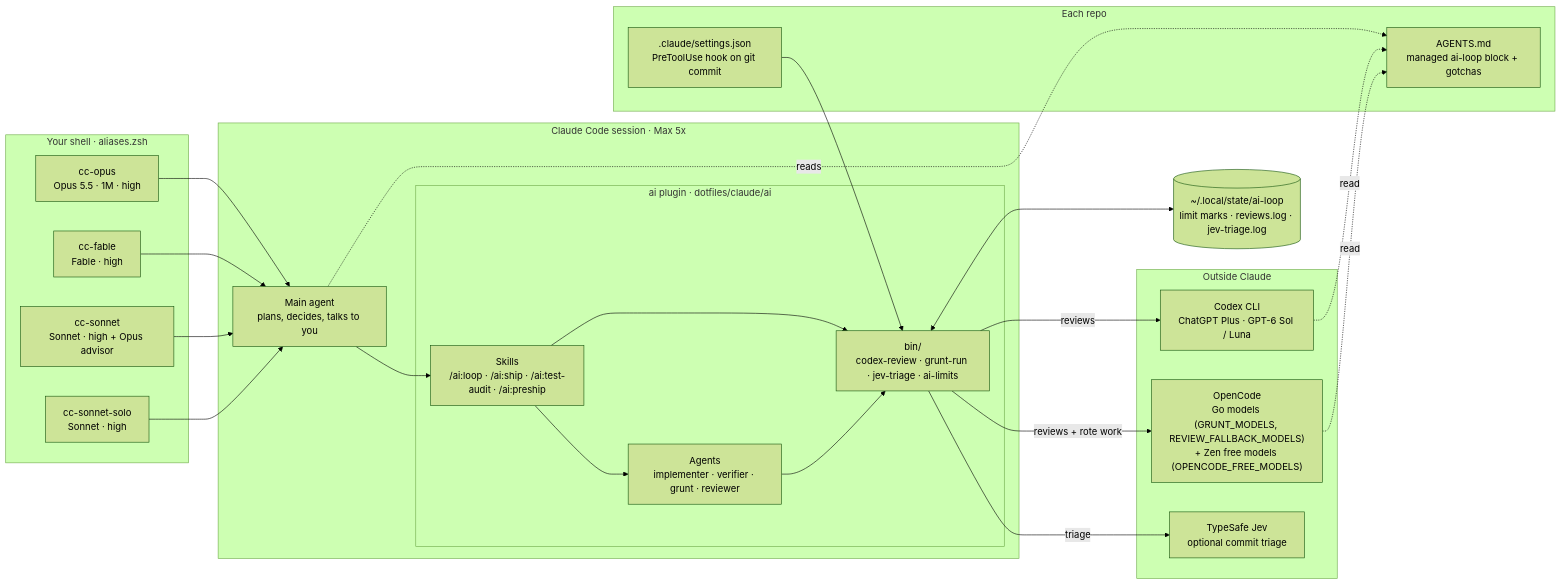
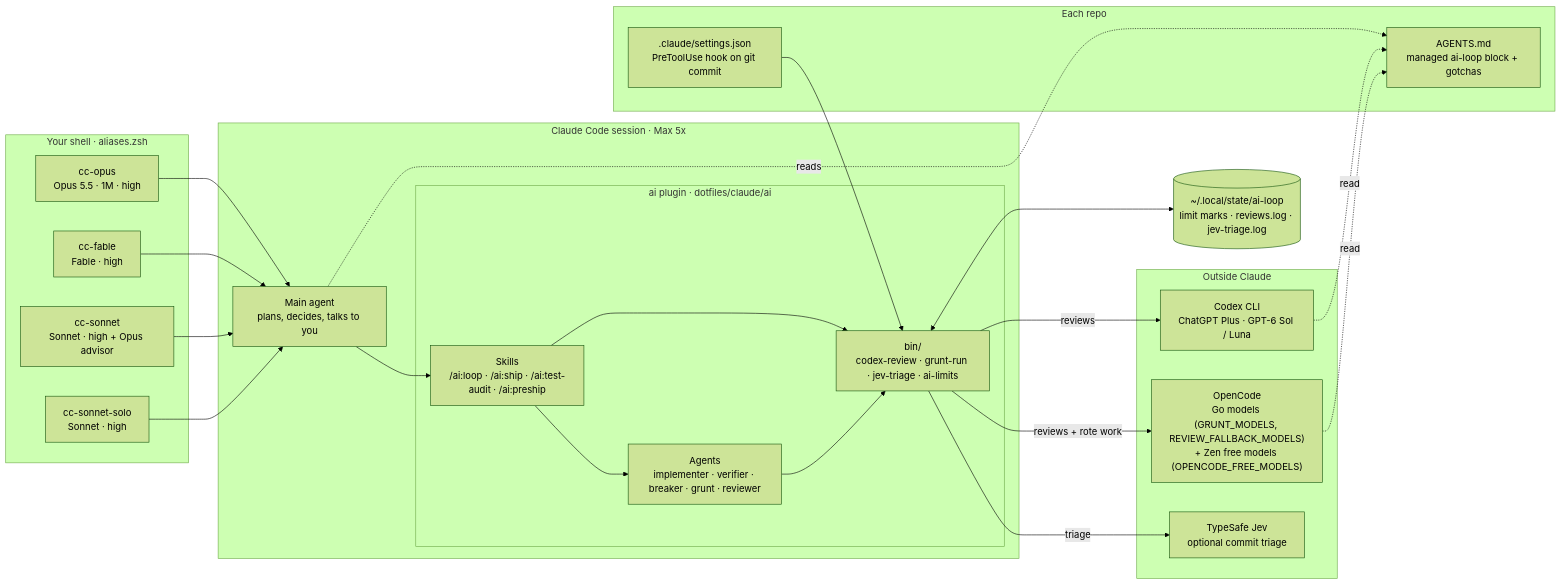
One commit to mrkpatchaa/dotfiles changed the first of 9 diagrams in claude/ARCHITECTURE.md. Above: the diagram before and after it, drawn with Mermaid (forest theme). The commit also changed other lines of this file and 6 other files, not shown here.

````diff
--- a/claude/ARCHITECTURE.md
+++ b/claude/ARCHITECTURE.md
@@ -18,44 +18,44 @@
 ```mermaid
 flowchart LR
   subgraph shell["Your shell · aliases.zsh"]
     A1["cc-opus<br/>Opus 5.5 · 1M · high"]
     A2["cc-fable<br/>Fable · high"]
     A3["cc-sonnet<br/>Sonnet · high + Opus advisor"]
     A4["cc-sonnet-solo<br/>Sonnet · high"]
   end
 
   subgraph cc["Claude Code session · Max 5x"]
     MAIN["Main agent<br/>plans, decides, talks to you"]
     subgraph plugin["ai plugin · dotfiles/claude/ai"]
       SK["Skills<br/>/ai:loop · /ai:ship · /ai:test-audit · /ai:preship"]
-      AG["Agents<br/>implementer · verifier · grunt · reviewer"]
+      AG["Agents<br/>implementer · verifier · breaker · grunt · reviewer"]
       BIN["bin/<br/>codex-review · grunt-run · jev-triage · ai-limits"]
     end
   end
 
   subgraph repo["Each repo"]
     AGM["AGENTS.md<br/>managed ai-loop block + gotchas"]
     HOOK[".claude/settings.json<br/>PreToolUse hook on git commit"]
   end
 
   subgraph ext["Outside Claude"]
     CX["Codex CLI<br/>ChatGPT Plus · GPT-6 Sol / Luna"]
     OC["OpenCode<br/>Go models (GRUNT_MODELS, REVIEW_FALLBACK_MODELS)<br/>+ Zen free models (OPENCODE_FREE_MODELS)"]
     JEV["TypeSafe Jev<br/>optional commit triage"]
   end
 
   STATE[("~/.local/state/ai-loop<br/>limit marks · reviews.log · jev-triage.log")]
 
   A1 & A2 & A3 & A4 --> MAIN
   MAIN --> SK
   SK --> AG
   SK --> BIN
   AG --> BIN
   BIN -->|reviews| CX
   BIN -->|reviews + rote work| OC
   BIN -->|triage| JEV
   HOOK --> BIN
   MAIN -. reads .-> AGM
   CX & OC -. read .-> AGM
   BIN <--> STATE
 ```
````
